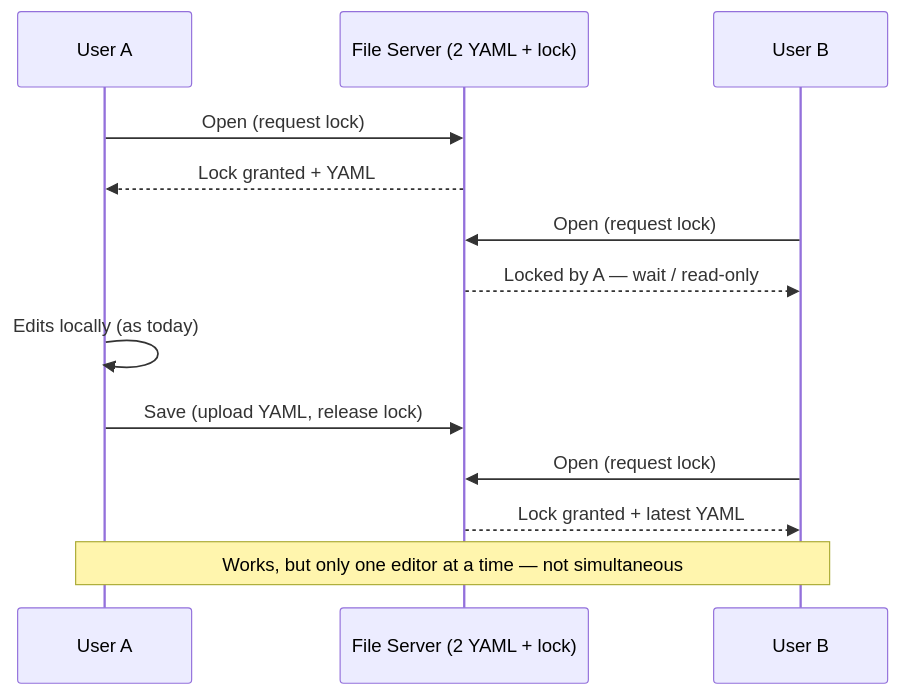
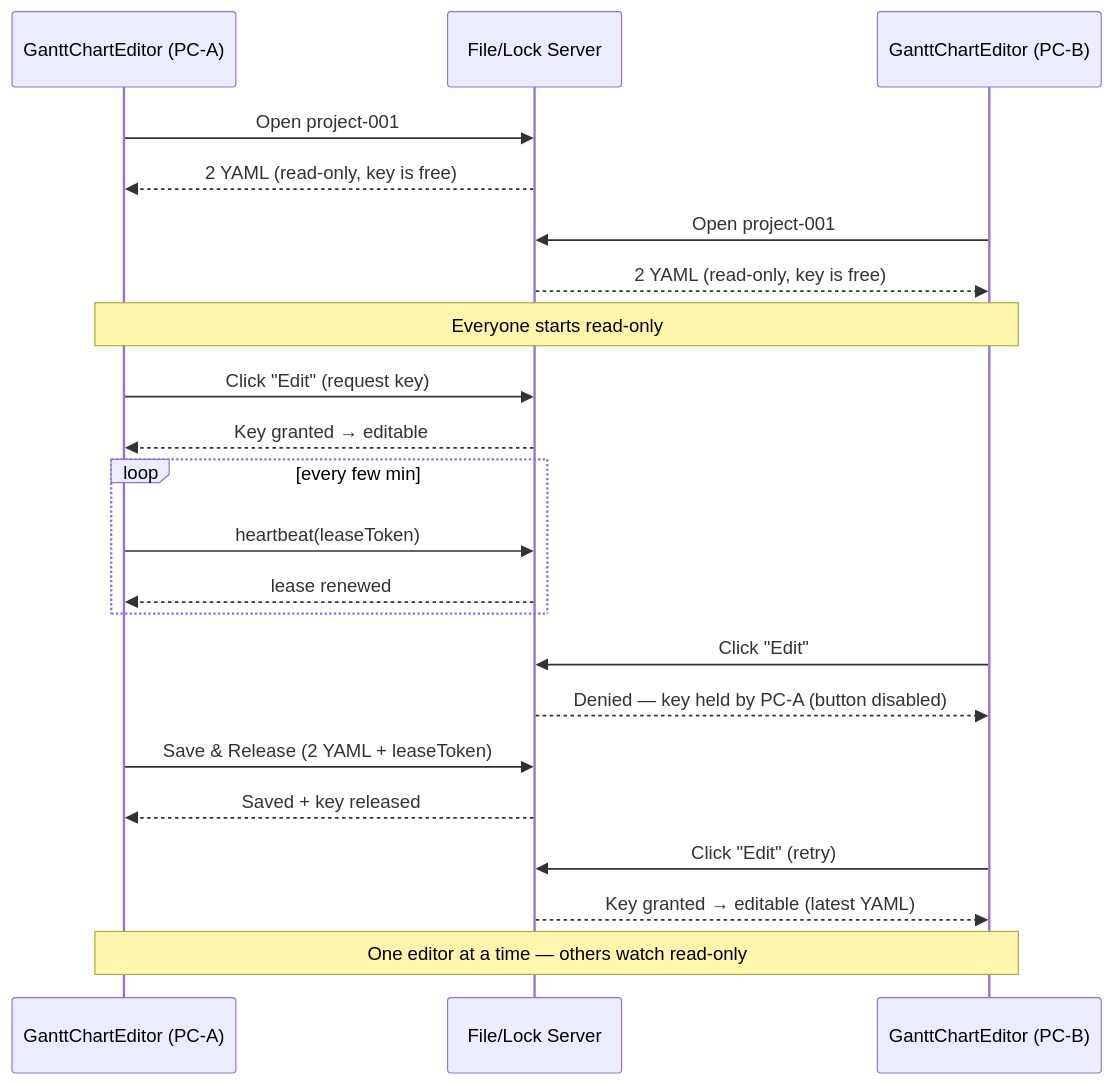
The fifth of 6 diagrams in GanttChartEditor/GanttChartEditor_Collaboration_Presentation.md (WhiTeXCharGe/TF_Testing), drawn with Mermaid before and after one commit. The commit also changed other lines of this file, not shown here.

````diff
--- a/GanttChartEditor/GanttChartEditor_Collaboration_Presentation.md
+++ b/GanttChartEditor/GanttChartEditor_Collaboration_Presentation.md
@@ -109,15 +163,47 @@
 ```mermaid
+
 sequenceDiagram
-    participant A as User A
-    participant L as File Server (2 YAML + lock)
-    participant B as User B
-    A->>L: Open (request lock)
-    L-->>A: Lock granted + YAML
-    B->>L: Open (request lock)
-    L-->>B: Locked by A — wait / read-only
-    A->>A: Edits locally (as today)
-    A->>L: Save (upload YAML, release lock)
-    B->>L: Open (request lock)
-    L-->>B: Lock granted + latest YAML
-    Note over A,B: Works, but only one editor at a time — not simultaneous
+
+    participant A as GanttChartEditor (PC-A)
+
+    participant S as File/Lock Server
+
+    participant B as GanttChartEditor (PC-B)
+
+    A->>S: Open project-001
+
+    S-->>A: 2 YAML (read-only, key is free)
+
+    B->>S: Open project-001
+
+    S-->>B: 2 YAML (read-only, key is free)
+
+    Note over A,B: Everyone starts read-only
+
+    A->>S: Click "Edit" (request key)
+
+    S-->>A: Key granted → editable
+
+    loop every few min
+
+        A->>S: heartbeat(leaseToken)
+
+        S-->>A: lease renewed
+
+    end
+
+    B->>S: Click "Edit"
+
+    S-->>B: Denied — key held by PC-A (button disabled)
+
+    A->>S: Save & Release (2 YAML + leaseToken)
+
+    S-->>A: Saved + key released
+
+    B->>S: Click "Edit" (retry)
+
+    S-->>B: Key granted → editable (latest YAML)
+
+    Note over A,B: One editor at a time — others watch read-only
+
 ```
````
